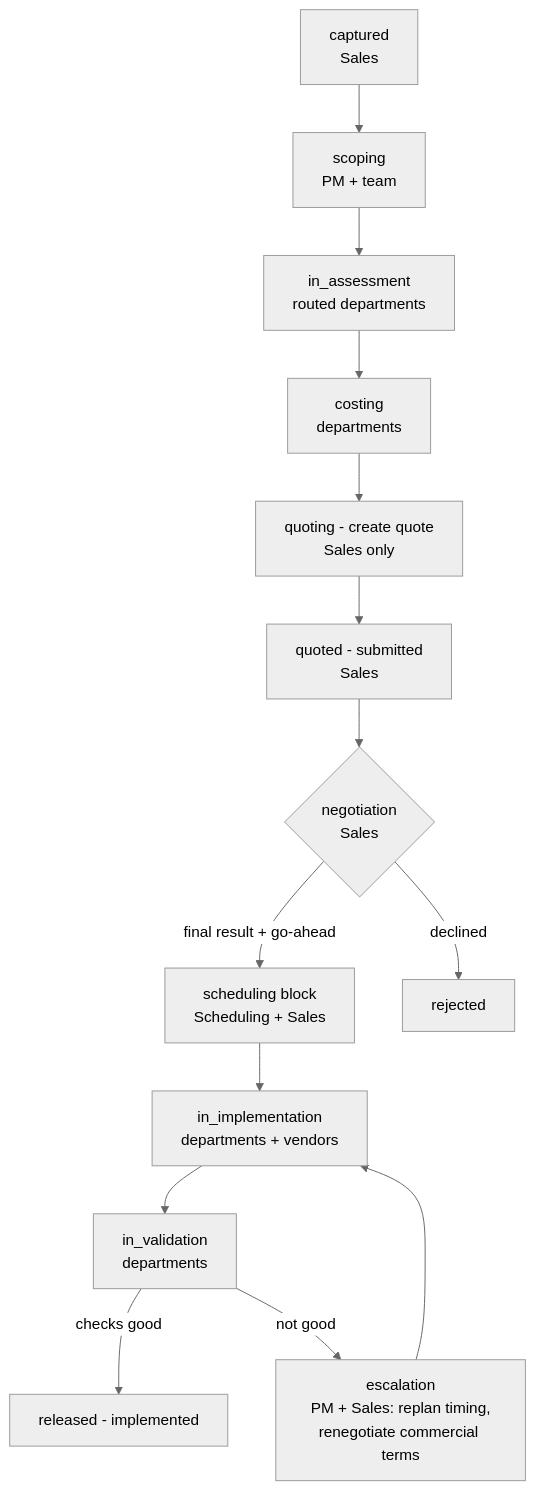
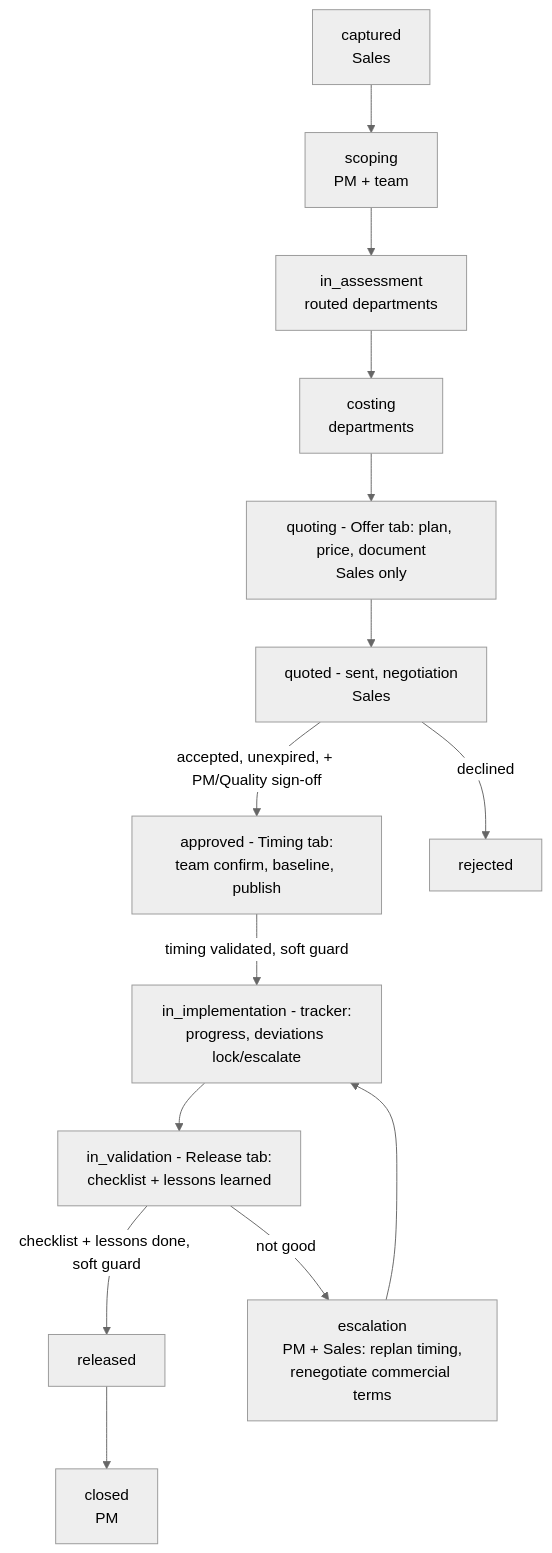
The diagram in docs/ECR_PROCESS_MAP.md (chremmler777/PLM2), drawn with Mermaid (neutral theme) before and after one commit. The commit also changed other lines of this file and 1 other file, not shown here.

First line of the commit message:
docs(cm): flow and process map for offer, timing, tracker and release

````diff
--- a/docs/ECR_PROCESS_MAP.md
+++ b/docs/ECR_PROCESS_MAP.md
@@ -10,17 +10,17 @@
 ```mermaid
 flowchart TD
     A[captured\nSales] --> B[scoping\nPM + team]
     B --> C[in_assessment\nrouted departments]
     C --> D[costing\ndepartments]
-    D --> E[quoting - create quote\nSales only]
-    E --> F[quoted - submitted\nSales]
-    F --> G{negotiation\nSales}
-    G -->|final result + go-ahead| H[scheduling block\nScheduling + Sales]
-    G -->|declined| X[rejected]
-    H --> I[in_implementation\ndepartments + vendors]
-    I --> J[in_validation\ndepartments]
-    J -->|checks good| K[released - implemented]
+    D --> E[quoting - Offer tab: plan, price, document\nSales only]
+    E --> F[quoted - sent, negotiation\nSales]
+    F -->|accepted, unexpired, + PM/Quality sign-off| H[approved - Timing tab:\nteam confirm, baseline, publish]
+    F -->|declined| X[rejected]
+    H -->|timing validated, soft guard| I[in_implementation - tracker:\nprogress, deviations lock/escalate]
+    I --> J[in_validation - Release tab:\nchecklist + lessons learned]
+    J -->|checklist + lessons done, soft guard| K[released]
+    K --> M[closed\nPM]
     J -->|not good| L[escalation\nPM + Sales: replan timing,
 renegotiate commercial terms]
     L --> I
 ```
````
